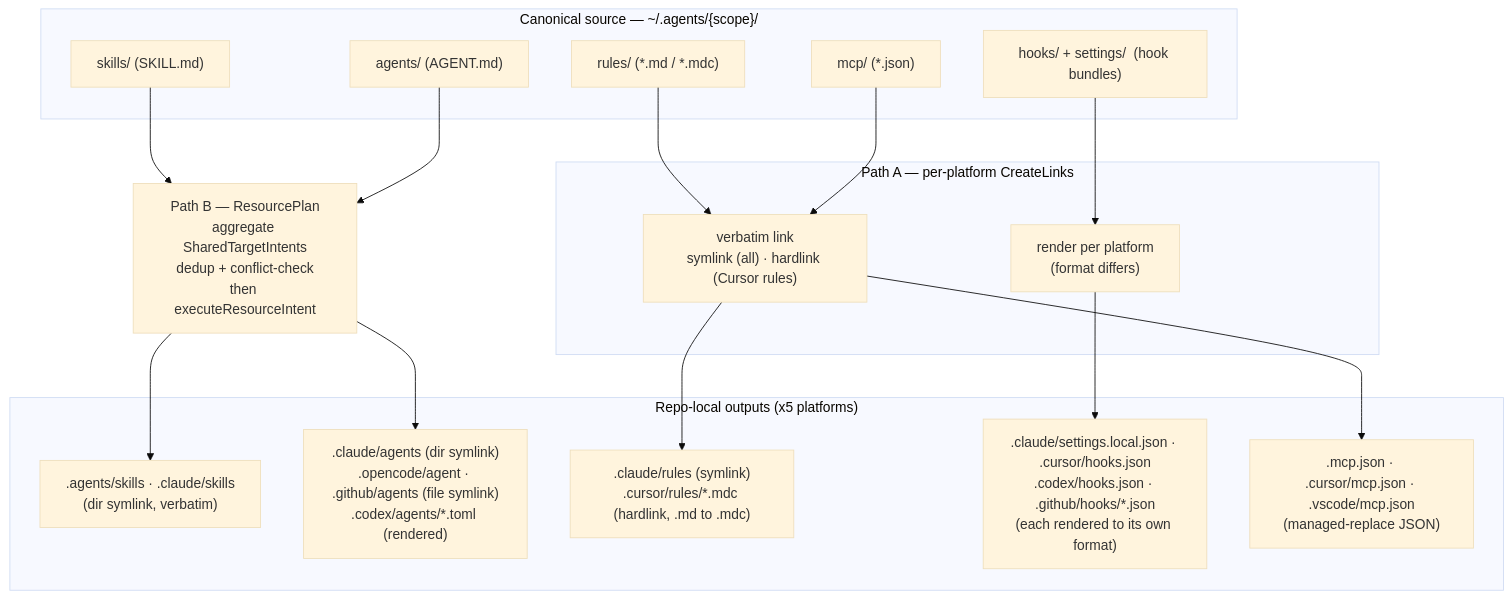
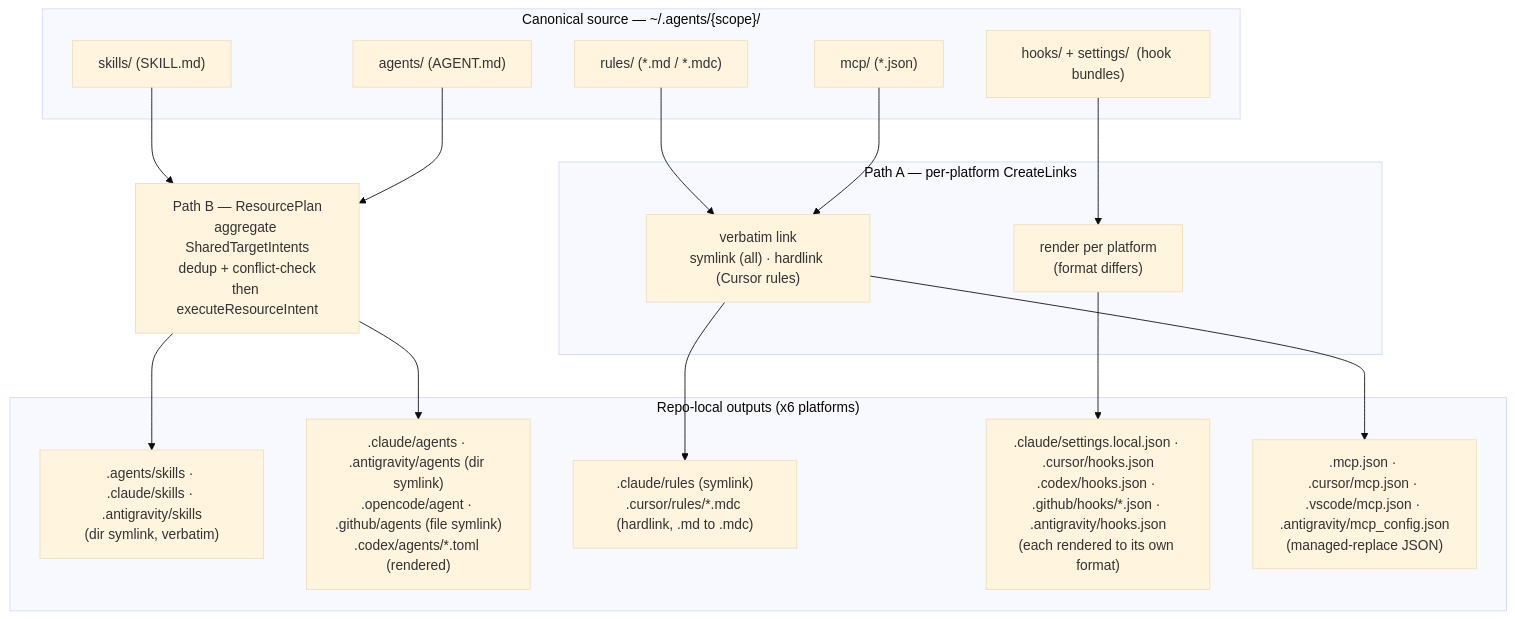
One commit to AGOrcha/dot-agents changed the diagram in docs/concepts/platform-projection.md. Above: the diagram before and after it, drawn with Mermaid (base theme). The commit also changed other lines of this file, not shown here.

Commit message:
docs(concept): platform projection — antigravity is now the 6th shipped platform

````diff
--- a/docs/concepts/platform-projection.md
+++ b/docs/concepts/platform-projection.md
@@ -126,31 +137,31 @@
 ```mermaid
 flowchart TB
     subgraph CANON["Canonical source — ~/.agents/{scope}/"]
         skills["skills/  (SKILL.md)"]
         agents["agents/  (AGENT.md)"]
         rules["rules/  (*.md / *.mdc)"]
         hooks["hooks/ + settings/  (hook bundles)"]
         mcp["mcp/  (*.json)"]
     end
 
     subgraph A["Path A — per-platform CreateLinks"]
         a_link["verbatim link<br/>symlink (all) · hardlink (Cursor rules)"]
         a_render["render per platform<br/>(format differs)"]
     end
 
     plan["Path B — ResourcePlan<br/>aggregate SharedTargetIntents<br/>dedup + conflict-check<br/>then executeResourceIntent"]
 
-    subgraph OUT["Repo-local outputs (x5 platforms)"]
-        o_skills[".agents/skills · .claude/skills<br/>(dir symlink, verbatim)"]
-        o_agents[".claude/agents (dir symlink)<br/>.opencode/agent · .github/agents (file symlink)<br/>.codex/agents/*.toml (rendered)"]
+    subgraph OUT["Repo-local outputs (x6 platforms)"]
+        o_skills[".agents/skills · .claude/skills · .antigravity/skills<br/>(dir symlink, verbatim)"]
+        o_agents[".claude/agents · .antigravity/agents (dir symlink)<br/>.opencode/agent · .github/agents (file symlink)<br/>.codex/agents/*.toml (rendered)"]
         o_rules[".claude/rules (symlink)<br/>.cursor/rules/*.mdc (hardlink, .md to .mdc)"]
-        o_hooks[".claude/settings.local.json · .cursor/hooks.json<br/>.codex/hooks.json · .github/hooks/*.json<br/>(each rendered to its own format)"]
-        o_mcp[".mcp.json · .cursor/mcp.json · .vscode/mcp.json<br/>(managed-replace JSON)"]
+        o_hooks[".claude/settings.local.json · .cursor/hooks.json<br/>.codex/hooks.json · .github/hooks/*.json · .antigravity/hooks.json<br/>(each rendered to its own format)"]
+        o_mcp[".mcp.json · .cursor/mcp.json · .vscode/mcp.json · .antigravity/mcp_config.json<br/>(managed-replace JSON)"]
     end
 
     skills --> plan --> o_skills
     agents --> plan --> o_agents
     rules --> a_link --> o_rules
     hooks --> a_render --> o_hooks
     mcp --> a_link --> o_mcp
 ```
````
